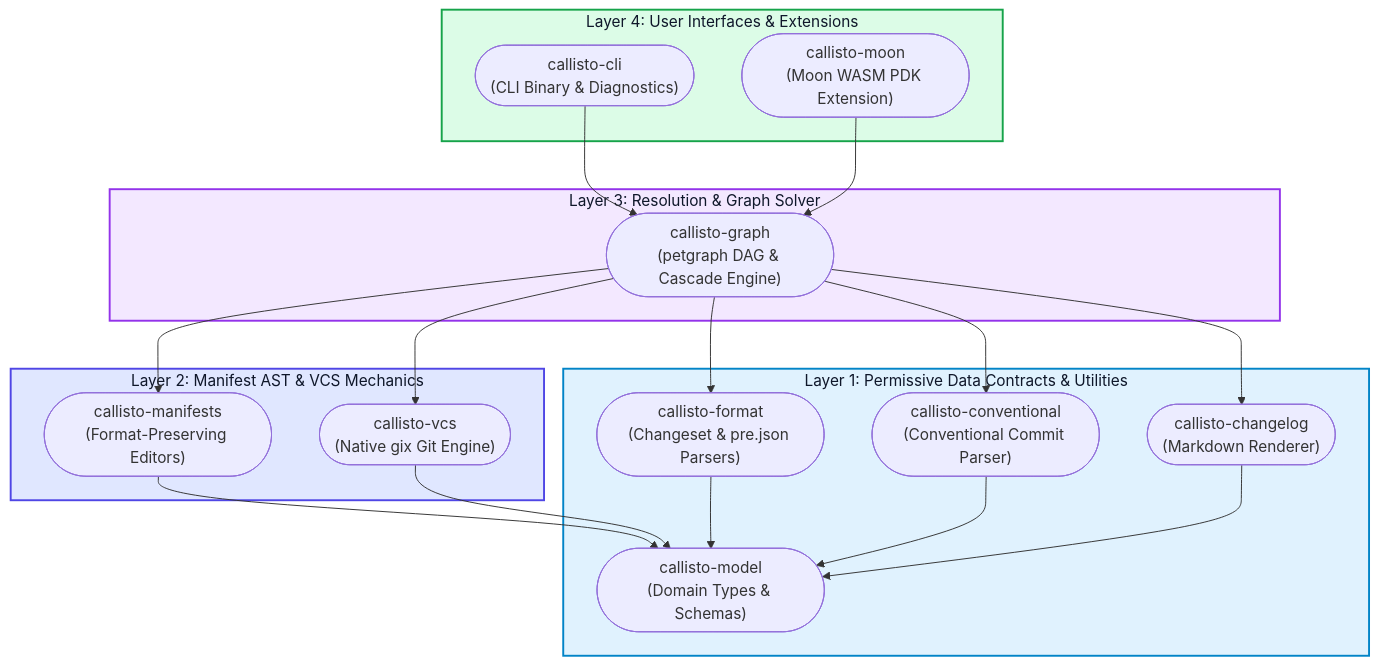
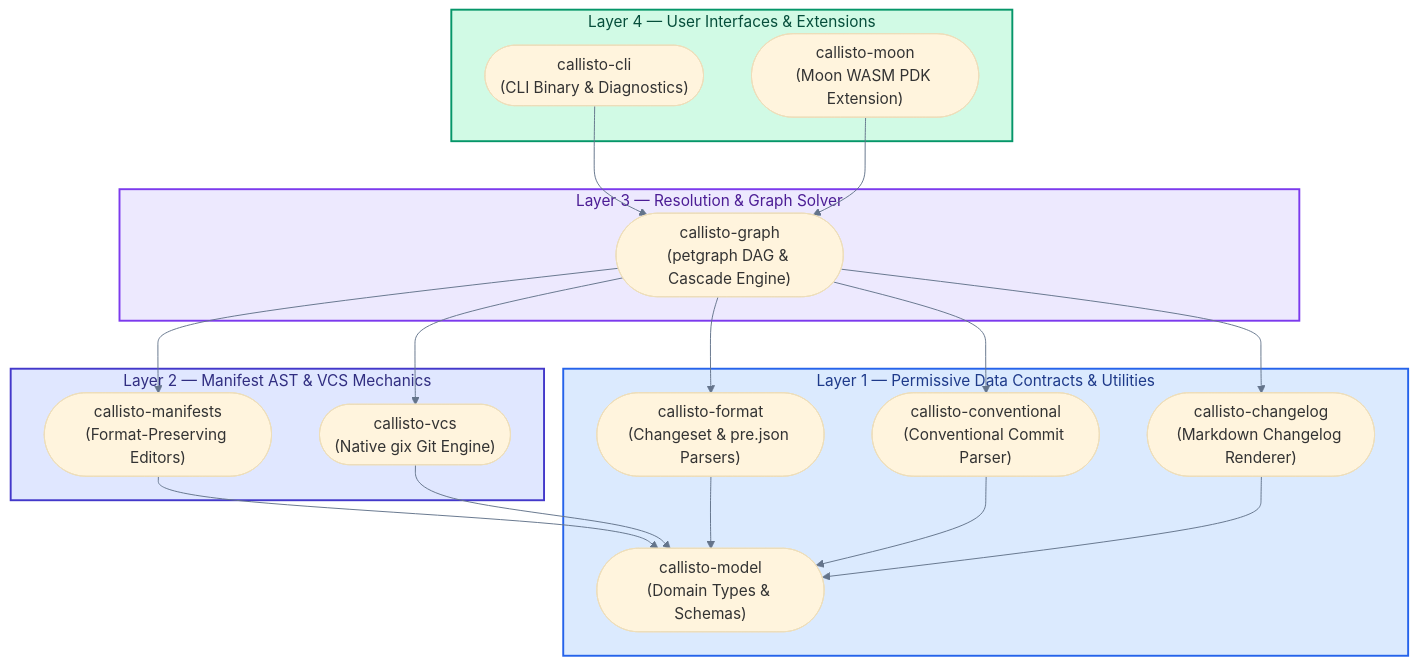
One commit to orin-dx/callisto changed the second of 4 diagrams in ARCHITECTURE.md. Above: the diagram before and after it, drawn with Mermaid. The commit also changed other lines of this file and 10 other files, not shown here.

````diff
--- a/ARCHITECTURE.md
+++ b/ARCHITECTURE.md
@@ -72,41 +73,42 @@
 ```mermaid
+%%{init: {'theme': 'base', 'themeVariables': {'lineColor': '#64748b', 'edgeLabelBackground': '#f8fafc', 'fontFamily': 'ui-sans-serif, system-ui, sans-serif'}}}%%
 flowchart TB
-    subgraph Layer4 ["Layer 4: User Interfaces & Extensions"]
+    subgraph Layer4 ["Layer 4 — User Interfaces & Extensions"]
         CLI(["callisto-cli<br/>(CLI Binary & Diagnostics)"])
         Moon(["callisto-moon<br/>(Moon WASM PDK Extension)"])
     end
 
-    subgraph Layer3 ["Layer 3: Resolution & Graph Solver"]
+    subgraph Layer3 ["Layer 3 — Resolution & Graph Solver"]
         Graph(["callisto-graph<br/>(petgraph DAG & Cascade Engine)"])
     end
 
-    subgraph Layer2 ["Layer 2: Manifest AST & VCS Mechanics"]
+    subgraph Layer2 ["Layer 2 — Manifest AST & VCS Mechanics"]
         Manifests(["callisto-manifests<br/>(Format-Preserving Editors)"])
         VCS(["callisto-vcs<br/>(Native gix Git Engine)"])
     end
 
-    subgraph Layer1 ["Layer 1: Permissive Data Contracts & Utilities"]
+    subgraph Layer1 ["Layer 1 — Permissive Data Contracts & Utilities"]
         Model(["callisto-model<br/>(Domain Types & Schemas)"])
         Format(["callisto-format<br/>(Changeset & pre.json Parsers)"])
         Conventional(["callisto-conventional<br/>(Conventional Commit Parser)"])
-        Changelog(["callisto-changelog<br/>(Markdown Renderer)"])
+        Changelog(["callisto-changelog<br/>(Markdown Changelog Renderer)"])
     end
 
     CLI --> Graph
     Moon --> Graph
     Graph --> Manifests
     Graph --> VCS
     Graph --> Format
     Graph --> Conventional
     Graph --> Changelog
     Manifests --> Model
     VCS --> Model
     Format --> Model
     Conventional --> Model
     Changelog --> Model
 
-    style Layer4 fill:#dcfce7,stroke:#16a34a,stroke-width:2px,color:#0f172a
-    style Layer3 fill:#f3e8ff,stroke:#9333ea,stroke-width:2px,color:#0f172a
-    style Layer2 fill:#e0e7ff,stroke:#4f46e5,stroke-width:2px,color:#0f172a
-    style Layer1 fill:#e0f2fe,stroke:#0284c7,stroke-width:2px,color:#0f172a
+    style Layer4 fill:#d1fae5,stroke:#059669,stroke-width:2px,color:#064e3b
+    style Layer3 fill:#ede9fe,stroke:#7c3aed,stroke-width:2px,color:#4c1d95
+    style Layer2 fill:#e0e7ff,stroke:#4338ca,stroke-width:2px,color:#312e81
+    style Layer1 fill:#dbeafe,stroke:#2563eb,stroke-width:2px,color:#1e3a8a
 ```
````
